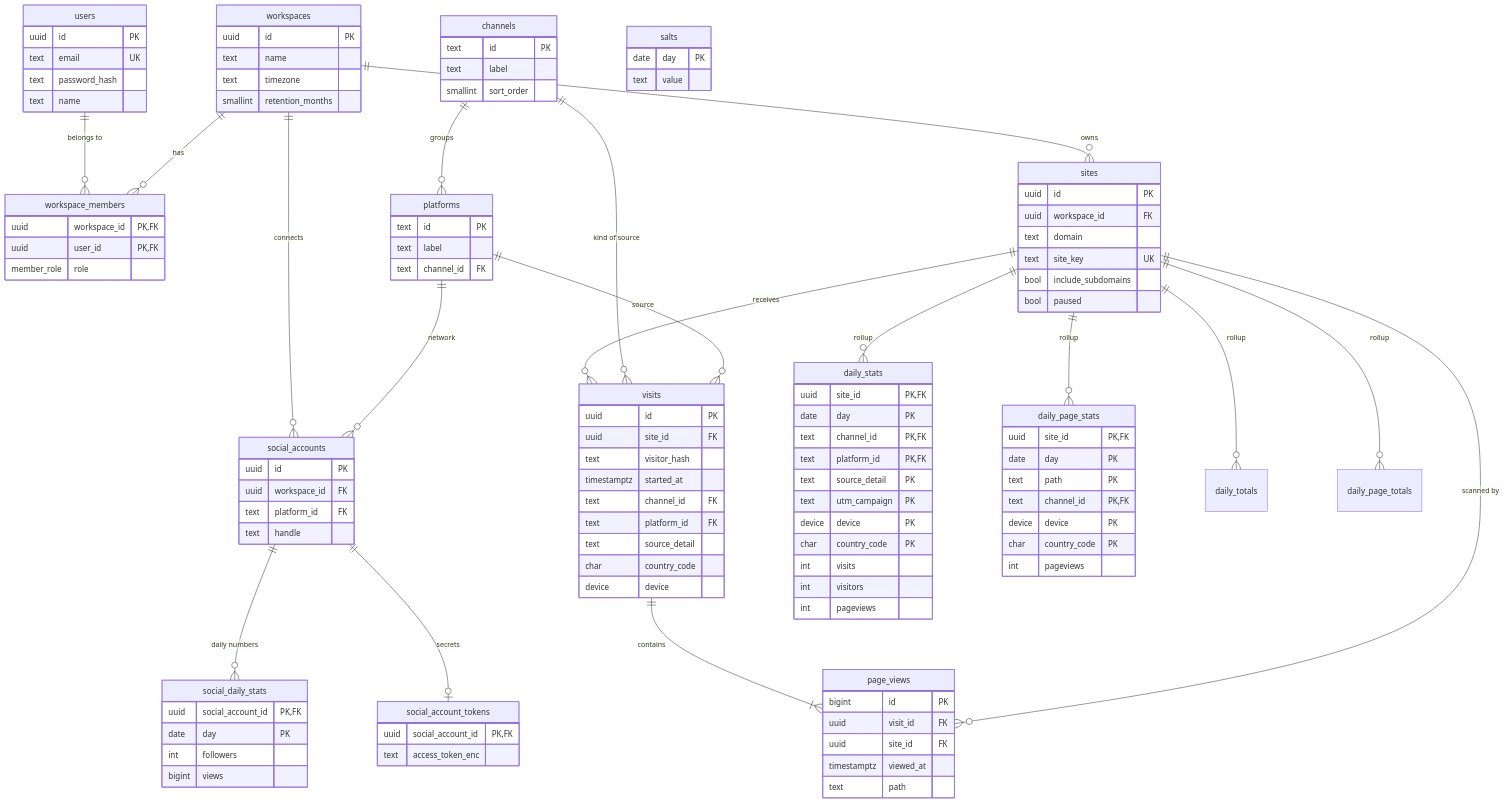
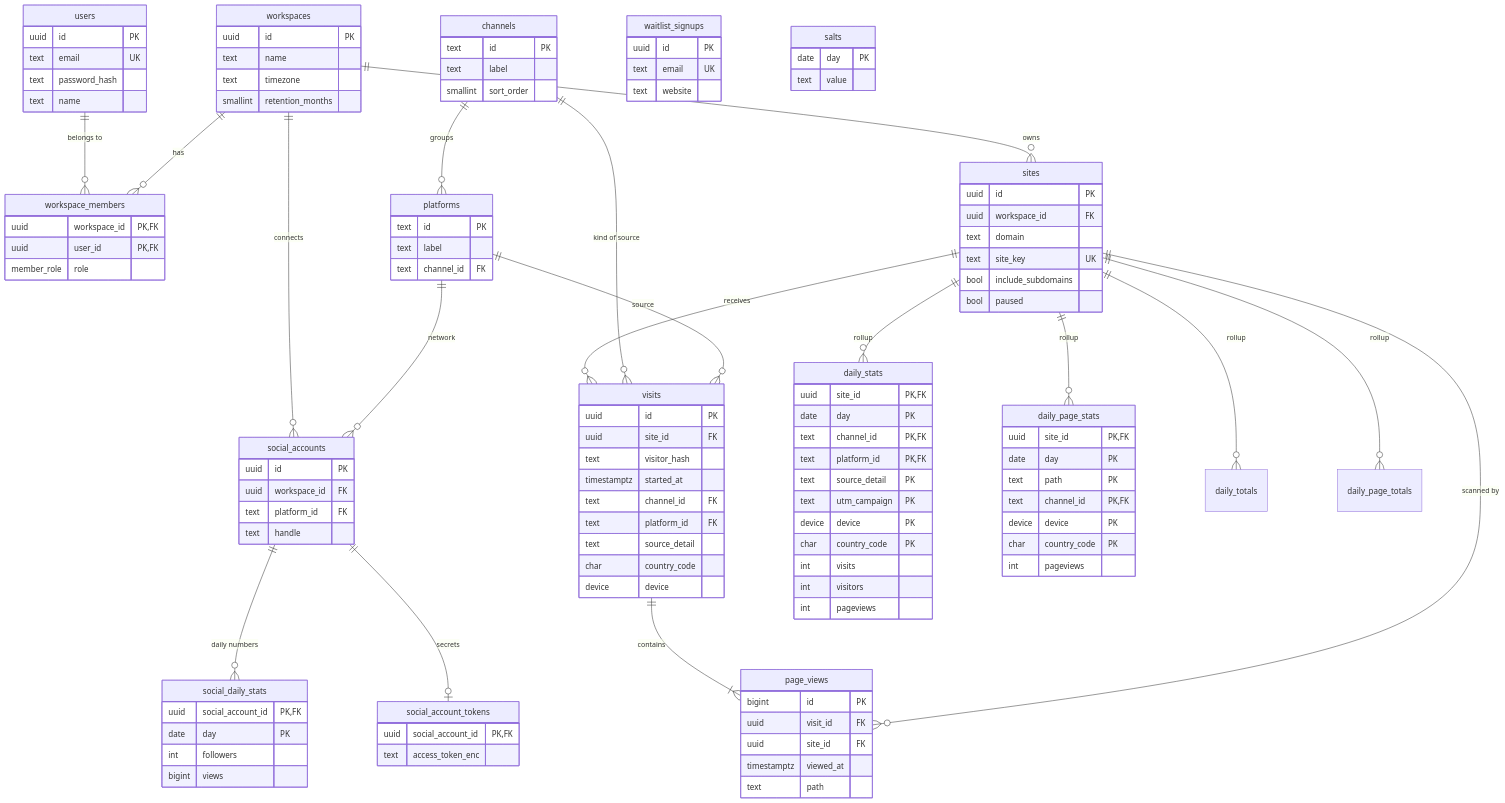
One commit to asadyaseen847/trackerlens changed the diagram in docs/database.md. Above: the diagram before and after it, drawn with Mermaid. The commit also changed other lines of this file and 14 other files, not shown here.

```diff
--- a/docs/database.md
+++ b/docs/database.md
@@ -34,6 +35,11 @@
         text email UK
         text password_hash
         text name
+    }
+    waitlist_signups {
+        uuid id PK
+        text email UK
+        text website
     }
     workspaces {
         uuid id PK
```
